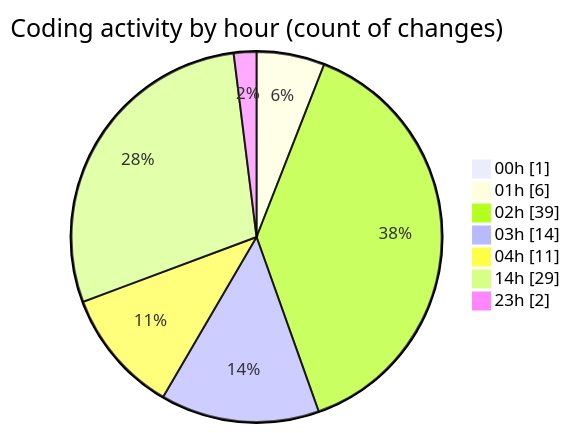
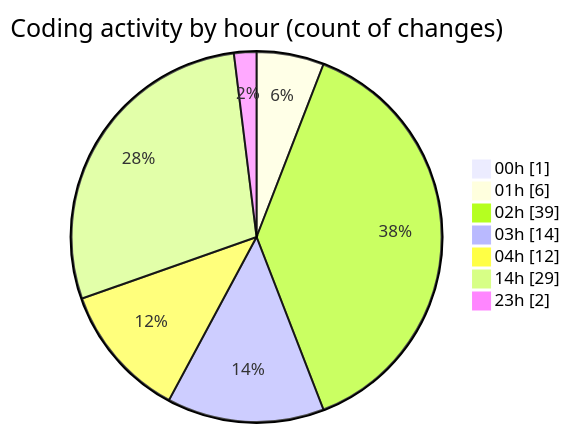
One commit to charlie-sans/code-tracking changed the second of 2 diagrams in 2025-02-19/masm/README.md. Above: the diagram before and after it, drawn with Mermaid. The commit also changed other lines of this file and 1 other file, not shown here.

````diff
--- a/2025-02-19/masm/README.md
+++ b/2025-02-19/masm/README.md
@@ -49,11 +49,11 @@
 ```mermaid
 pie showData
 title Coding activity by hour (count of changes)
 "00h" : 1
 "01h" : 6
 "02h" : 39
 "03h" : 14
-"04h" : 11
+"04h" : 12
 "14h" : 29
 "23h" : 2
 ```
````
